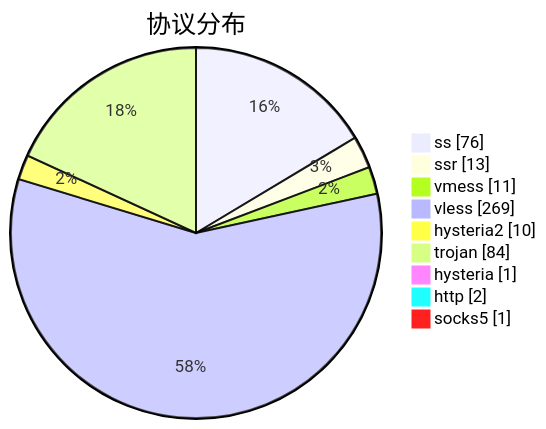
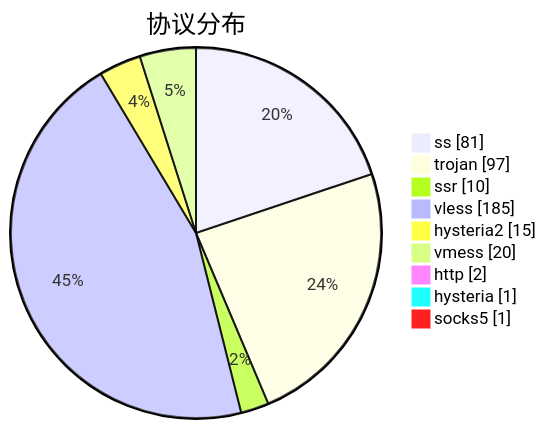
One commit to sinspired/airport changed the third of 3 diagrams in subs/statistics/tested_within.md. Above: the diagram before and after it, drawn with Mermaid. The commit also changed other lines of this file and 2 other files, not shown here.

````diff
--- a/subs/statistics/tested_within.md
+++ b/subs/statistics/tested_within.md
@@ -48,13 +48,13 @@
 ```mermaid
 pie showData
 title 协议分布
-"ss" : 76
-"ssr" : 13
-"vmess" : 11
-"vless" : 269
-"hysteria2" : 10
-"trojan" : 84
+"ss" : 81
+"trojan" : 97
+"ssr" : 10
+"vless" : 185
+"hysteria2" : 15
+"vmess" : 20
+"http" : 2
 "hysteria" : 1
-"http" : 2
 "socks5" : 1
 ```
````
